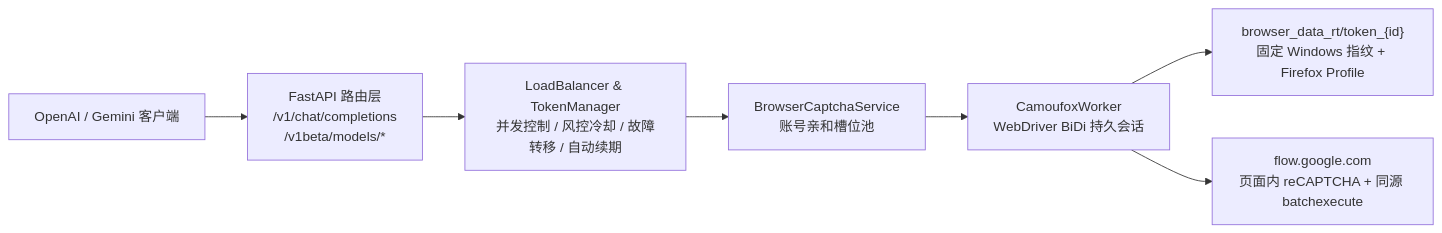
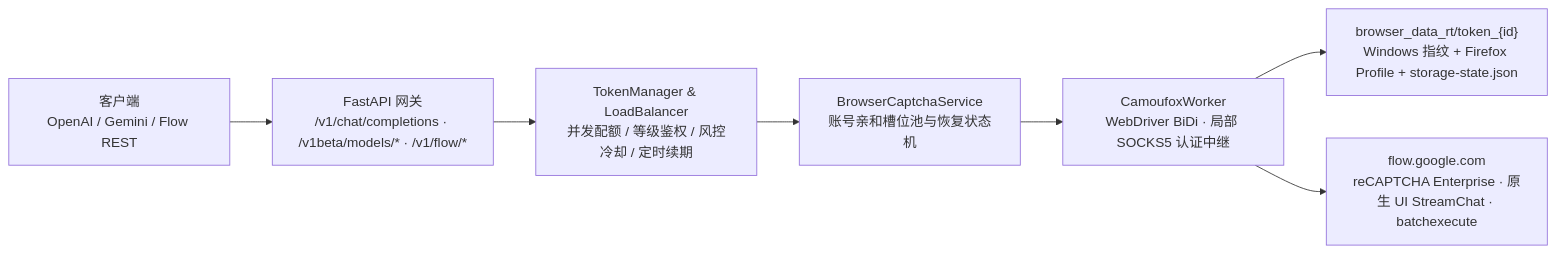
Before and after one commit to jianli9158/flow2api-Camoufox: the diagram in README.md, drawn with Mermaid. The commit also changed other lines of this file and 28 other files, not shown here.

First line of the commit message:
feat: add flow feature routes, per-account profile binding, console UI redesign, and tests

````diff
--- a/README.md
+++ b/README.md
@@ -30,9 +26,9 @@
 ```mermaid
 flowchart LR
-    Client["OpenAI / Gemini 客户端"] --> API["FastAPI 路由层<br/>/v1/chat/completions<br/>/v1beta/models/*"]
-    API --> LB["LoadBalancer & TokenManager<br/>并发控制 / 风控冷却 / 故障转移 / 自动续期"]
-    LB --> BCS["BrowserCaptchaService<br/>账号亲和槽位池"]
-    BCS --> Worker["CamoufoxWorker<br/>WebDriver BiDi 持久会话"]
-    Worker --> Profile["browser_data_rt/token_{id}<br/>固定 Windows 指纹 + Firefox Profile"]
-    Worker --> Flow["flow.google.com<br/>页面内 reCAPTCHA + 同源 batchexecute"]
+    Client["客户端<br/>OpenAI / Gemini / Flow REST"] --> API["FastAPI 网关<br/>/v1/chat/completions · /v1beta/models/* · /v1/flow/*"]
+    API --> Core["TokenManager & LoadBalancer<br/>并发配额 / 等级鉴权 / 风控冷却 / 定时续期"]
+    Core --> Pool["BrowserCaptchaService<br/>账号亲和槽位池与恢复状态机"]
+    Pool --> Worker["CamoufoxWorker<br/>WebDriver BiDi · 局部 SOCKS5 认证中继"]
+    Worker --> Profile["browser_data_rt/token_{id}<br/>Windows 指纹 + Firefox Profile + storage-state.json"]
+    Worker --> Flow["flow.google.com<br/>reCAPTCHA Enterprise · 原生 UI StreamChat · batchexecute"]
 ```
````
